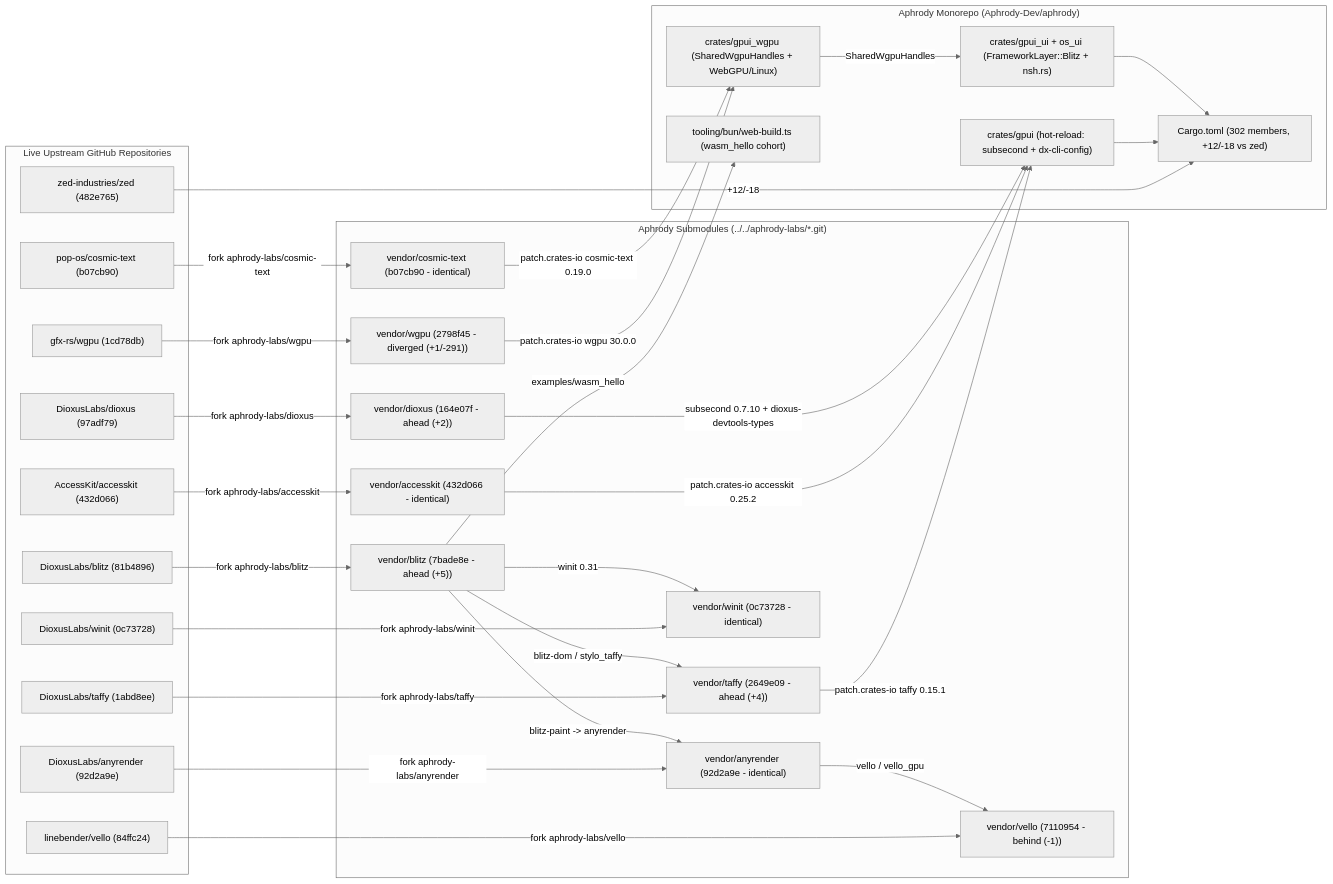
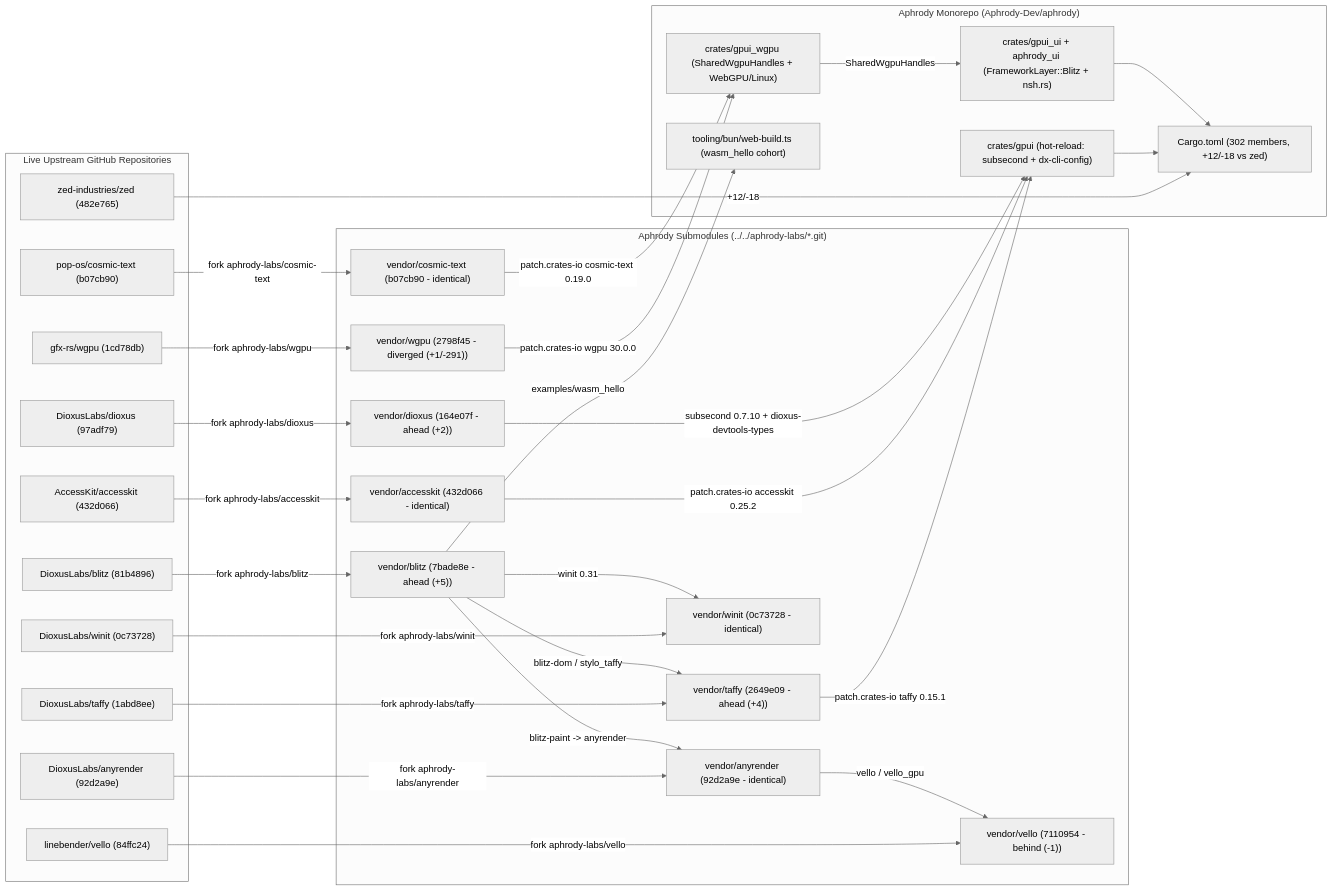
Before and after one commit to aphrody-labs/fw: the diagram in aphrody/docs/architecture/gpui-vs-dioxus-audit.md, drawn with Mermaid (neutral theme). The commit also changed other lines of this file and 422 other files, not shown here.

Commit message:
aphrody: unify aphrody_* crates, dedup 16 submodules, add chromium views gpui browser+vpn and webgpu os

````diff
--- a/aphrody/docs/architecture/gpui-vs-dioxus-audit.md
+++ b/aphrody/docs/architecture/gpui-vs-dioxus-audit.md
@@ -36,60 +36,60 @@
 ```mermaid
 flowchart LR
   subgraph Upstreams["Live Upstream GitHub Repositories"]
     UP_ZED["zed-industries/zed (482e765)"]
     UP_DX["DioxusLabs/dioxus (97adf79)"]
     UP_BLZ["DioxusLabs/blitz (81b4896)"]
     UP_ANY["DioxusLabs/anyrender (92d2a9e)"]
     UP_TAFFY["DioxusLabs/taffy (1abd8ee)"]
     UP_WGPU["gfx-rs/wgpu (1cd78db)"]
     UP_VELLO["linebender/vello (84ffc24)"]
     UP_COSMIC["pop-os/cosmic-text (b07cb90)"]
     UP_A11Y["AccessKit/accesskit (432d066)"]
     UP_WINIT["DioxusLabs/winit (0c73728)"]
   end
 
   subgraph Forks["Aphrody Submodules (../../aphrody-labs/*.git)"]
     V_DX["vendor/dioxus (164e07f - ahead (+2))"]
     V_BLZ["vendor/blitz (7bade8e - ahead (+5))"]
     V_ANY["vendor/anyrender (92d2a9e - identical)"]
     V_TAFFY["vendor/taffy (2649e09 - ahead (+4))"]
     V_WGPU["vendor/wgpu (2798f45 - diverged (+1/-291))"]
     V_VELLO["vendor/vello (7110954 - behind (-1))"]
     V_COSMIC["vendor/cosmic-text (b07cb90 - identical)"]
     V_A11Y["vendor/accesskit (432d066 - identical)"]
     V_WINIT["vendor/winit (0c73728 - identical)"]
   end
 
   subgraph Workspace["Aphrody Monorepo (Aphrody-Dev/aphrody)"]
     APH_ROOT["Cargo.toml (302 members, +12/-18 vs zed)"]
     GPUI_CORE["crates/gpui (hot-reload: subsecond + dx-cli-config)"]
     GPUI_WGPU["crates/gpui_wgpu (SharedWgpuHandles + WebGPU/Linux)"]
-    GPUI_UI["crates/gpui_ui + os_ui (FrameworkLayer::Blitz + nsh.rs)"]
+    GPUI_UI["crates/gpui_ui + aphrody_ui (FrameworkLayer::Blitz + nsh.rs)"]
     WEB_BUILD["tooling/bun/web-build.ts (wasm_hello cohort)"]
   end
 
   UP_ZED -->|"+12/-18"| APH_ROOT
   UP_DX -->|"fork aphrody-labs/dioxus"| V_DX
   UP_BLZ -->|"fork aphrody-labs/blitz"| V_BLZ
   UP_ANY -->|"fork aphrody-labs/anyrender"| V_ANY
   UP_TAFFY -->|"fork aphrody-labs/taffy"| V_TAFFY
   UP_WGPU -->|"fork aphrody-labs/wgpu"| V_WGPU
   UP_VELLO -->|"fork aphrody-labs/vello"| V_VELLO
   UP_COSMIC -->|"fork aphrody-labs/cosmic-text"| V_COSMIC
   UP_A11Y -->|"fork aphrody-labs/accesskit"| V_A11Y
   UP_WINIT -->|"fork aphrody-labs/winit"| V_WINIT
 
   V_TAFFY -->|"patch.crates-io taffy 0.15.1"| GPUI_CORE
   V_WGPU -->|"patch.crates-io wgpu 30.0.0"| GPUI_WGPU
   V_COSMIC -->|"patch.crates-io cosmic-text 0.19.0"| GPUI_WGPU
   V_A11Y -->|"patch.crates-io accesskit 0.25.2"| GPUI_CORE
   V_DX -->|"subsecond 0.7.10 + dioxus-devtools-types"| GPUI_CORE
   V_BLZ -->|"blitz-dom / stylo_taffy"| V_TAFFY
   V_BLZ -->|"blitz-paint -> anyrender"| V_ANY
   V_ANY -->|"vello / vello_gpu"| V_VELLO
   V_BLZ -->|"winit 0.31"| V_WINIT
   V_BLZ -->|"examples/wasm_hello"| WEB_BUILD
   GPUI_WGPU -->|"SharedWgpuHandles"| GPUI_UI
   GPUI_CORE --> APH_ROOT
   GPUI_UI --> APH_ROOT
 ```
````
